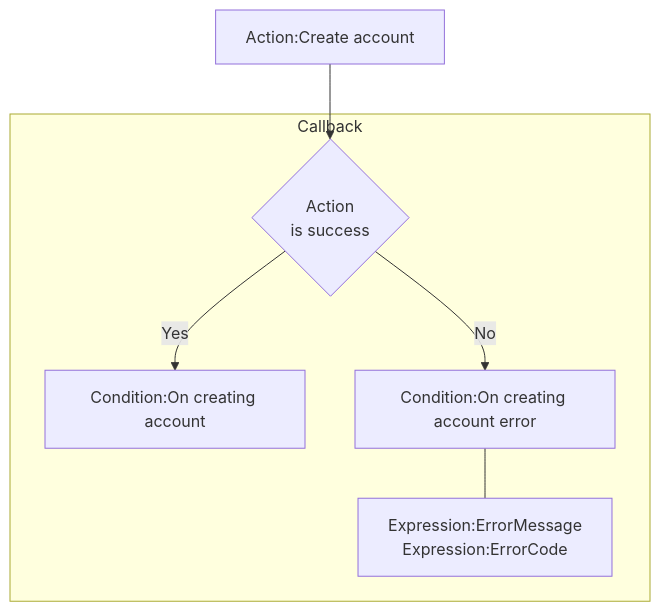
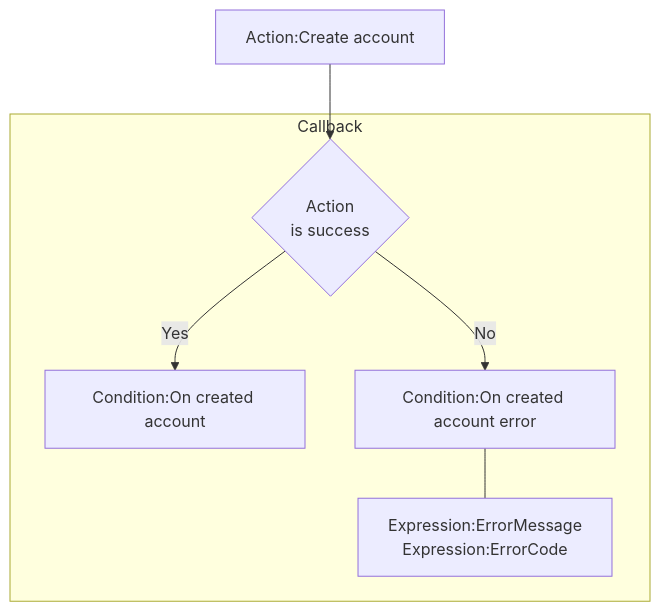
One commit to rexrainbow/C2RexDoc changed the first of 14 diagrams in plugins.md/rex_firebase_authentication.md. Above: the diagram before and after it, drawn with Mermaid. The commit also changed other lines of this file and 6 other files, not shown here.

````diff
--- a/plugins.md/rex_firebase_authentication.md
+++ b/plugins.md/rex_firebase_authentication.md
@@ -31,11 +31,11 @@
 ```mermaid
 graph TB
 
 ActCreateAccount["Action:Create account"] --> ActionIsSuccess{Action<br>is success}
 
 subgraph Callback
-ActionIsSuccess --> |Yes| CondOnSuccess["Condition:On creating account"]
-ActionIsSuccess --> |No| CondOnError["Condition:On creating account error"]
+ActionIsSuccess --> |Yes| CondOnSuccess["Condition:On created account"]
+ActionIsSuccess --> |No| CondOnError["Condition:On created account error"]
 CondOnError --- ExpError["Expression:ErrorMessage<br>Expression:ErrorCode"]
 end
 ```
````
